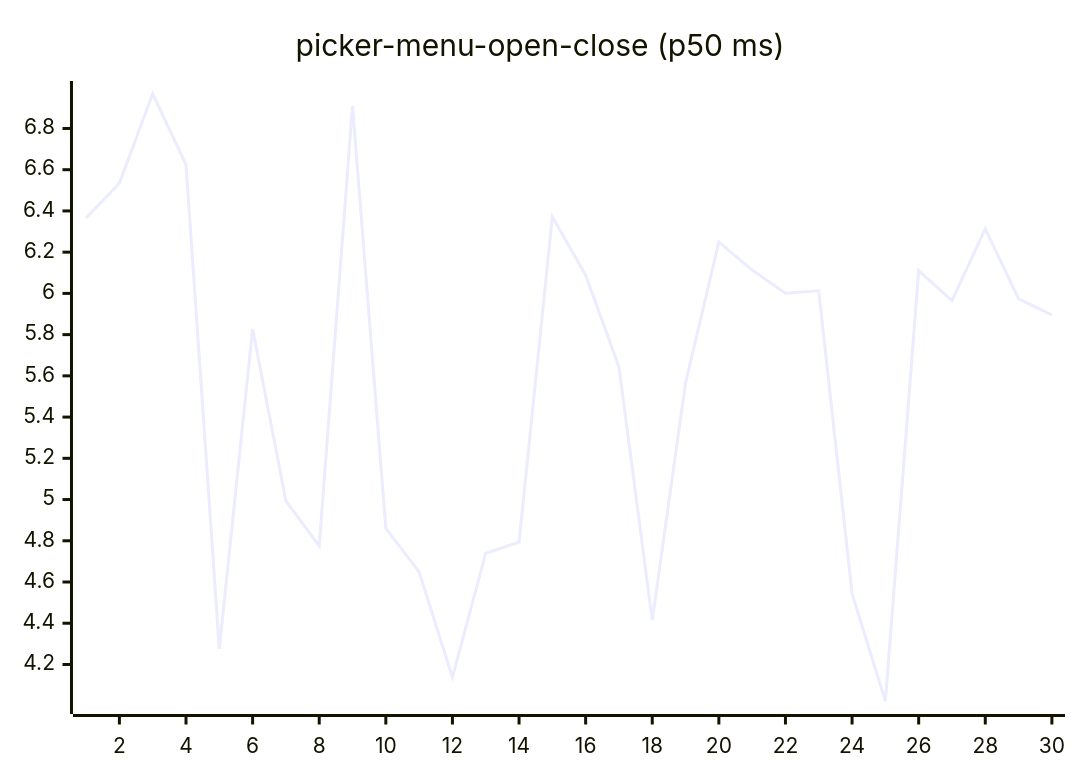
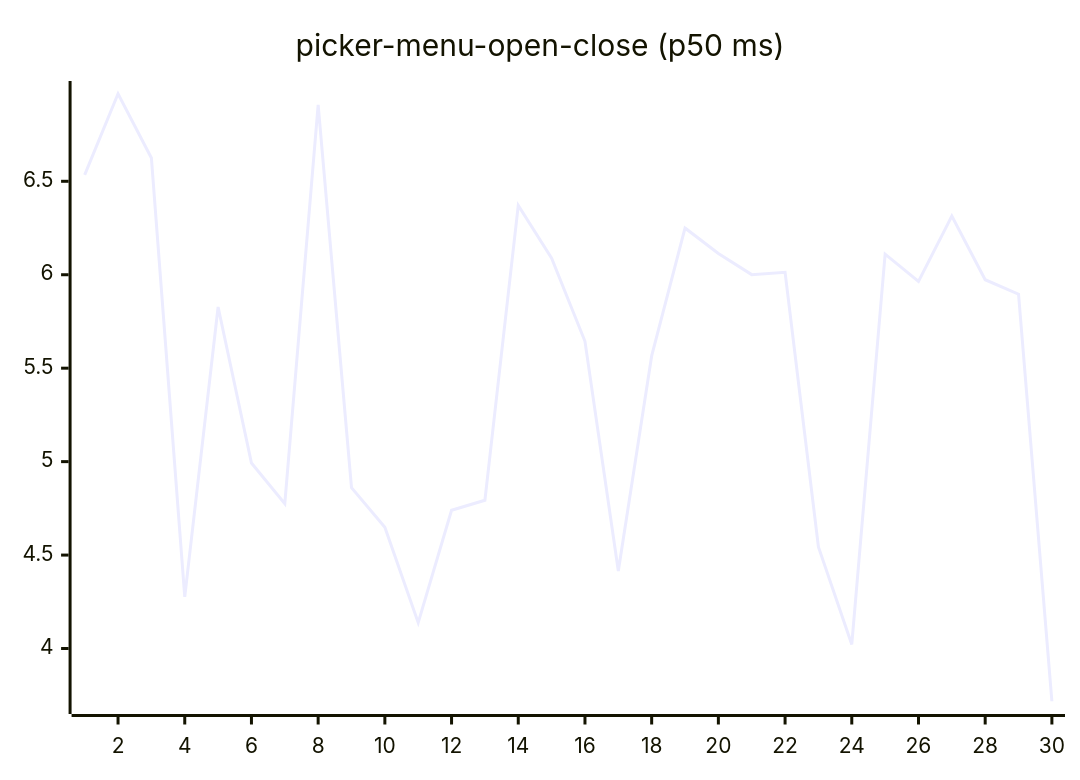
Before and after one commit to josha/Facet: diagram 16 of 27 in README.md, drawn with Mermaid. The commit also changed other lines of this file and 2 other files, not shown here.

````diff
--- a/README.md
+++ b/README.md
@@ -168,6 +168,6 @@
 ```mermaid
 xychart-beta
     title "picker-menu-open-close (p50 ms)"
     x-axis 1 --> 30
-    line [6.3653, 6.5343, 6.9684, 6.6249, 4.2762, 5.8275, 4.9929, 4.7749, 6.9094, 4.8605, 4.6493, 4.1383, 4.7397, 4.7934, 6.3713, 6.0885, 5.6440, 4.4145, 5.5656, 6.2500, 6.1133, 6.0006, 6.0128, 4.5439, 4.0216, 6.1100, 5.9646, 6.3137, 5.9733, 5.8960]
+    line [6.5343, 6.9684, 6.6249, 4.2762, 5.8275, 4.9929, 4.7749, 6.9094, 4.8605, 4.6493, 4.1383, 4.7397, 4.7934, 6.3713, 6.0885, 5.6440, 4.4145, 5.5656, 6.2500, 6.1133, 6.0006, 6.0128, 4.5439, 4.0216, 6.1100, 5.9646, 6.3137, 5.9733, 5.8960, 3.7179]
 ```
````
